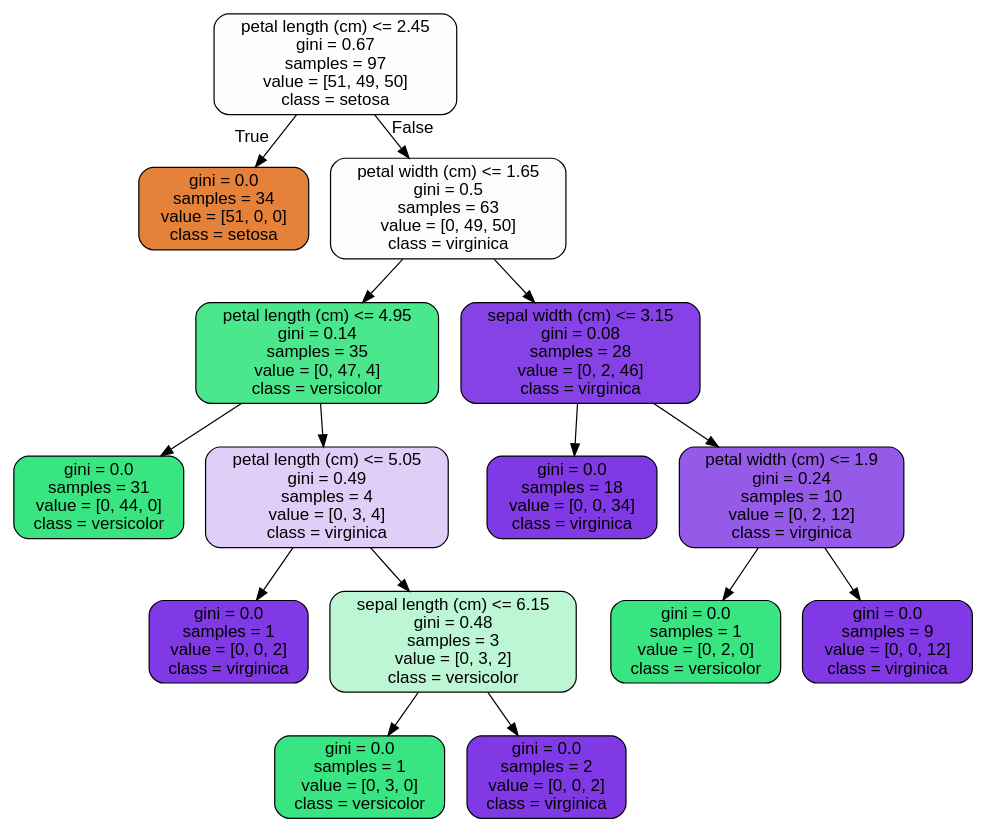
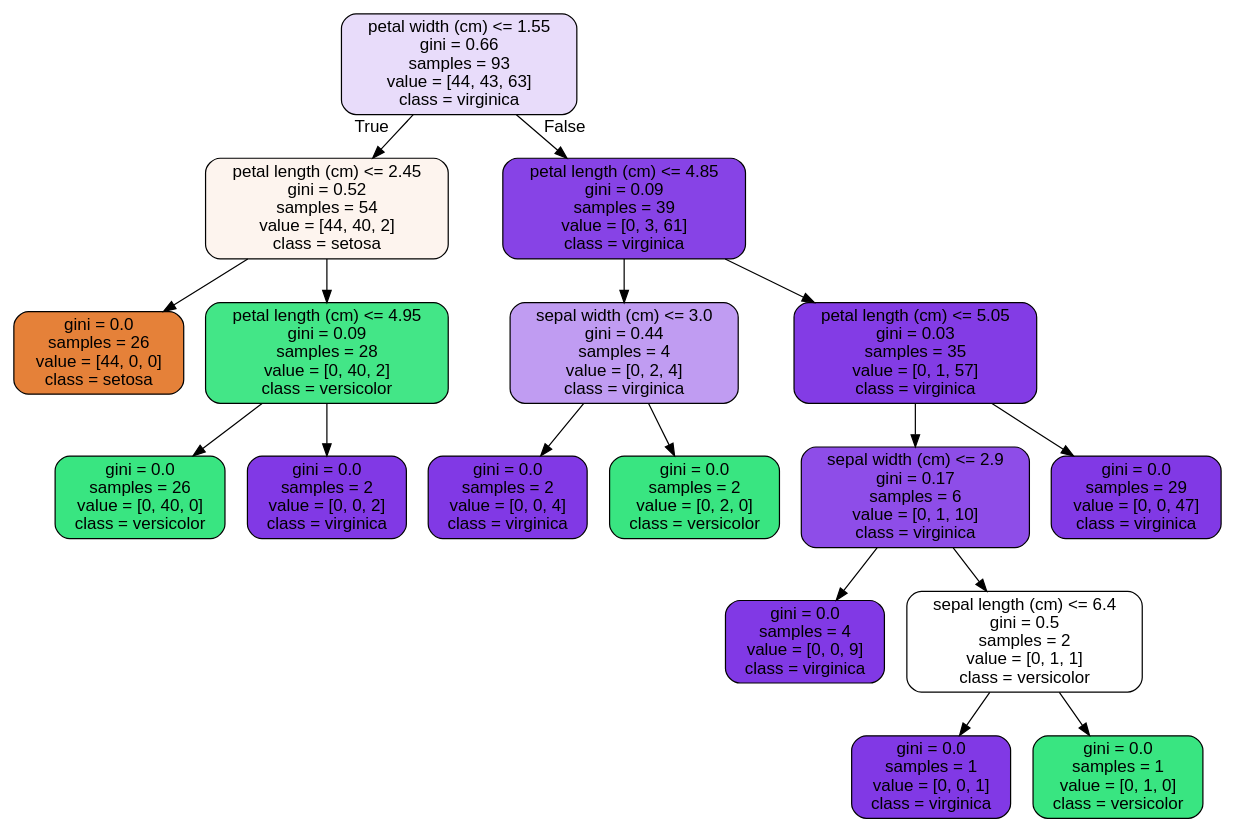
Before and after one commit to airenare/Springboard: the diagram in Unit 14.4 - RandomForest Covid Case Study_06302020/tree.dot, drawn with Graphviz. The commit also changed 2 other files, not shown here.

```diff
--- a/Unit 14.4 - RandomForest Covid Case Study_06302020/tree.dot
+++ b/Unit 14.4 - RandomForest Covid Case Study_06302020/tree.dot
@@ -1,33 +1,37 @@
 digraph Tree {
 node [shape=box, style="filled, rounded", color="black", fontname="helvetica"] ;
 edge [fontname="helvetica"] ;
-0 [label="petal length (cm) <= 2.45\ngini = 0.67\nsamples = 97\nvalue = [51, 49, 50]\nclass = setosa", fillcolor="#fffefd"] ;
-1 [label="gini = 0.0\nsamples = 34\nvalue = [51, 0, 0]\nclass = setosa", fillcolor="#e58139"] ;
+0 [label="petal width (cm) <= 1.55\ngini = 0.66\nsamples = 93\nvalue = [44, 43, 63]\nclass = virginica", fillcolor="#e8dcfa"] ;
+1 [label="petal length (cm) <= 2.45\ngini = 0.52\nsamples = 54\nvalue = [44, 40, 2]\nclass = setosa", fillcolor="#fdf4ee"] ;
 0 -> 1 [labeldistance=2.5, labelangle=45, headlabel="True"] ;
-2 [label="petal width (cm) <= 1.65\ngini = 0.5\nsamples = 63\nvalue = [0, 49, 50]\nclass = virginica", fillcolor="#fcfbfe"] ;
-0 -> 2 [labeldistance=2.5, labelangle=-45, headlabel="False"] ;
-3 [label="petal length (cm) <= 4.95\ngini = 0.14\nsamples = 35\nvalue = [0, 47, 4]\nclass = versicolor", fillcolor="#4ae78c"] ;
-2 -> 3 ;
-4 [label="gini = 0.0\nsamples = 31\nvalue = [0, 44, 0]\nclass = versicolor", fillcolor="#39e581"] ;
+2 [label="gini = 0.0\nsamples = 26\nvalue = [44, 0, 0]\nclass = setosa", fillcolor="#e58139"] ;
+1 -> 2 ;
+3 [label="petal length (cm) <= 4.95\ngini = 0.09\nsamples = 28\nvalue = [0, 40, 2]\nclass = versicolor", fillcolor="#43e687"] ;
+1 -> 3 ;
+4 [label="gini = 0.0\nsamples = 26\nvalue = [0, 40, 0]\nclass = versicolor", fillcolor="#39e581"] ;
 3 -> 4 ;
-5 [label="petal length (cm) <= 5.05\ngini = 0.49\nsamples = 4\nvalue = [0, 3, 4]\nclass = virginica", fillcolor="#e0cef8"] ;
+5 [label="gini = 0.0\nsamples = 2\nvalue = [0, 0, 2]\nclass = virginica", fillcolor="#8139e5"] ;
 3 -> 5 ;
-6 [label="gini = 0.0\nsamples = 1\nvalue = [0, 0, 2]\nclass = virginica", fillcolor="#8139e5"] ;
-5 -> 6 ;
-7 [label="sepal length (cm) <= 6.15\ngini = 0.48\nsamples = 3\nvalue = [0, 3, 2]\nclass = versicolor", fillcolor="#bdf6d5"] ;
-5 -> 7 ;
-8 [label="gini = 0.0\nsamples = 1\nvalue = [0, 3, 0]\nclass = versicolor", fillcolor="#39e581"] ;
+6 [label="petal length (cm) <= 4.85\ngini = 0.09\nsamples = 39\nvalue = [0, 3, 61]\nclass = virginica", fillcolor="#8743e6"] ;
+0 -> 6 [labeldistance=2.5, labelangle=-45, headlabel="False"] ;
+7 [label="sepal width (cm) <= 3.0\ngini = 0.44\nsamples = 4\nvalue = [0, 2, 4]\nclass = virginica", fillcolor="#c09cf2"] ;
+6 -> 7 ;
+8 [label="gini = 0.0\nsamples = 2\nvalue = [0, 0, 4]\nclass = virginica", fillcolor="#8139e5"] ;
 7 -> 8 ;
-9 [label="gini = 0.0\nsamples = 2\nvalue = [0, 0, 2]\nclass = virginica", fillcolor="#8139e5"] ;
+9 [label="gini = 0.0\nsamples = 2\nvalue = [0, 2, 0]\nclass = versicolor", fillcolor="#39e581"] ;
 7 -> 9 ;
-10 [label="sepal width (cm) <= 3.15\ngini = 0.08\nsamples = 28\nvalue = [0, 2, 46]\nclass = virginica", fillcolor="#8642e6"] ;
-2 -> 10 ;
-11 [label="gini = 0.0\nsamples = 18\nvalue = [0, 0, 34]\nclass = virginica", fillcolor="#8139e5"] ;
+10 [label="petal length (cm) <= 5.05\ngini = 0.03\nsamples = 35\nvalue = [0, 1, 57]\nclass = virginica", fillcolor="#833ce5"] ;
+6 -> 10 ;
+11 [label="sepal width (cm) <= 2.9\ngini = 0.17\nsamples = 6\nvalue = [0, 1, 10]\nclass = virginica", fillcolor="#8e4de8"] ;
 10 -> 11 ;
-12 [label="petal width (cm) <= 1.9\ngini = 0.24\nsamples = 10\nvalue = [0, 2, 12]\nclass = virginica", fillcolor="#965ae9"] ;
-10 -> 12 ;
-13 [label="gini = 0.0\nsamples = 1\nvalue = [0, 2, 0]\nclass = versicolor", fillcolor="#39e581"] ;
-12 -> 13 ;
-14 [label="gini = 0.0\nsamples = 9\nvalue = [0, 0, 12]\nclass = virginica", fillcolor="#8139e5"] ;
-12 -> 14 ;
+12 [label="gini = 0.0\nsamples = 4\nvalue = [0, 0, 9]\nclass = virginica", fillcolor="#8139e5"] ;
+11 -> 12 ;
+13 [label="sepal length (cm) <= 6.4\ngini = 0.5\nsamples = 2\nvalue = [0, 1, 1]\nclass = versicolor", fillcolor="#ffffff"] ;
+11 -> 13 ;
+14 [label="gini = 0.0\nsamples = 1\nvalue = [0, 0, 1]\nclass = virginica", fillcolor="#8139e5"] ;
+13 -> 14 ;
+15 [label="gini = 0.0\nsamples = 1\nvalue = [0, 1, 0]\nclass = versicolor", fillcolor="#39e581"] ;
+13 -> 15 ;
+16 [label="gini = 0.0\nsamples = 29\nvalue = [0, 0, 47]\nclass = virginica", fillcolor="#8139e5"] ;
+10 -> 16 ;
 }
```
